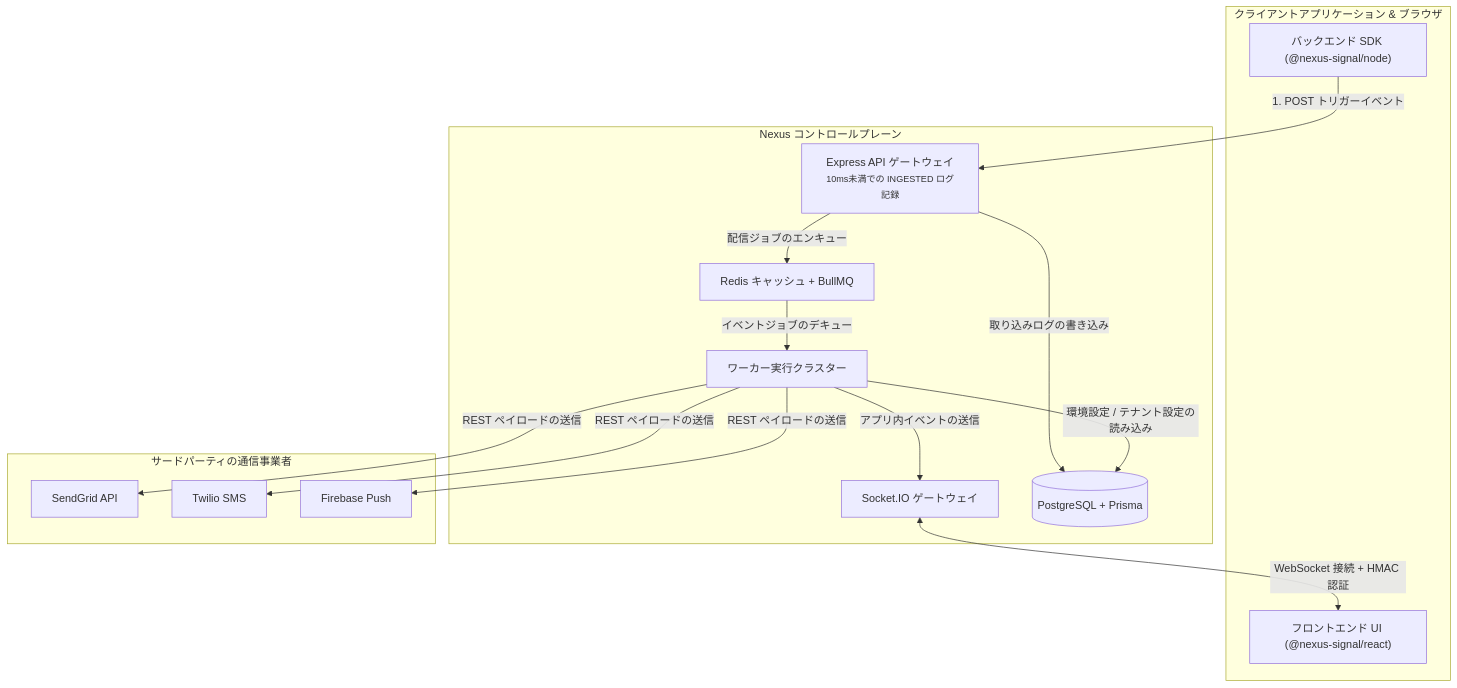
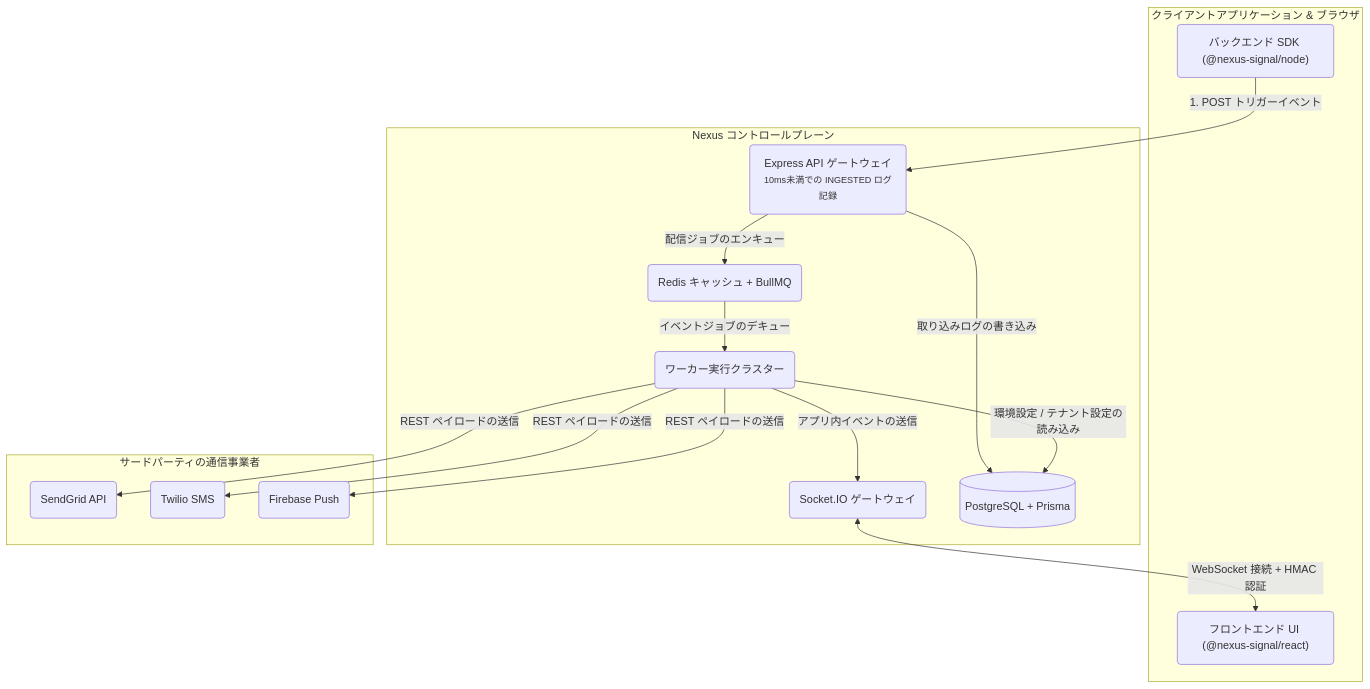
Before and after one commit to KriyanshKhunt/nexus_docs: the diagram in content/docs/ja/platform/concepts/architecture.mdx, drawn with Mermaid. The commit also changed 20 other files, not shown here.

Commit message:
Handle ja Mermaid charts

````diff
--- a/content/docs/ja/platform/concepts/architecture.mdx
+++ b/content/docs/ja/platform/concepts/architecture.mdx
@@ -14,30 +14,30 @@
 ```mermaid
 flowchart TB
   subgraph Client [クライアントアプリケーション & ブラウザ]
-    SDK["バックエンド SDK (@nexus-signal/node)"]
-    UI["フロントエンド UI (@nexus-signal/react)"]
+    SDK("バックエンド SDK (@nexus-signal/node)")
+    UI("フロントエンド UI (@nexus-signal/react)")
   end
 
   subgraph Nexus [Nexus コントロールプレーン]
-    API["Express API ゲートウェイ<br/><small>10ms未満での INGESTED ログ記録</small>"]
-    Q["Redis キャッシュ + BullMQ"]
-    W["ワーカー実行クラスター"]
-    WS["Socket.IO ゲートウェイ"]
+    API("Express API ゲートウェイ<br/><small>10ms未満での INGESTED ログ記録</small>")
+    Q("Redis キャッシュ + BullMQ")
+    W("ワーカー実行クラスター")
+    WS("Socket.IO ゲートウェイ")
     DB[(PostgreSQL + Prisma)]
   end
 
   subgraph Providers [サードパーティの通信事業者]
-    SG[SendGrid API]
-    TW[Twilio SMS]
-    FCM[Firebase Push]
+    SG(SendGrid API)
+    TW(Twilio SMS)
+    FCM(Firebase Push)
   end
 
   SDK -->|1. POST トリガーイベント| API
   API -->|取り込みログの書き込み| DB
   API -->|配信ジョブのエンキュー| Q
   Q -->|イベントジョブのデキュー| W
   W -->|環境設定 / テナント設定の読み込み| DB
   W -->|REST ペイロードの送信| SG & TW & FCM
   W -->|アプリ内イベントの送信| WS
   WS <-->|WebSocket 接続 + HMAC 認証| UI
 ```
````
